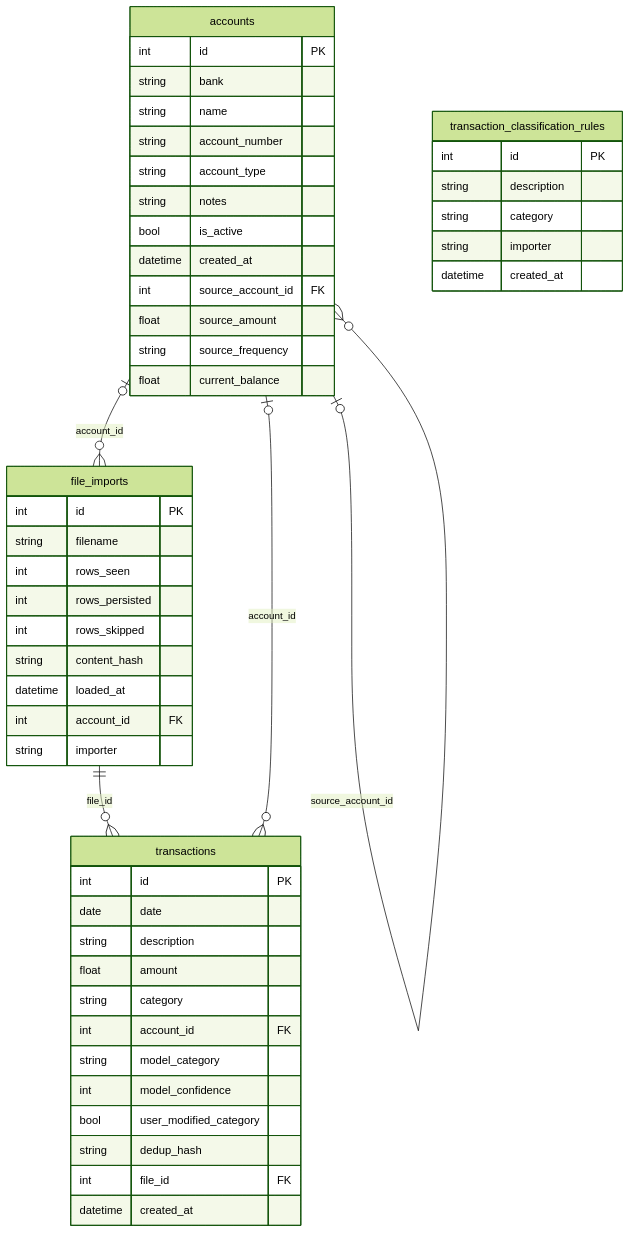
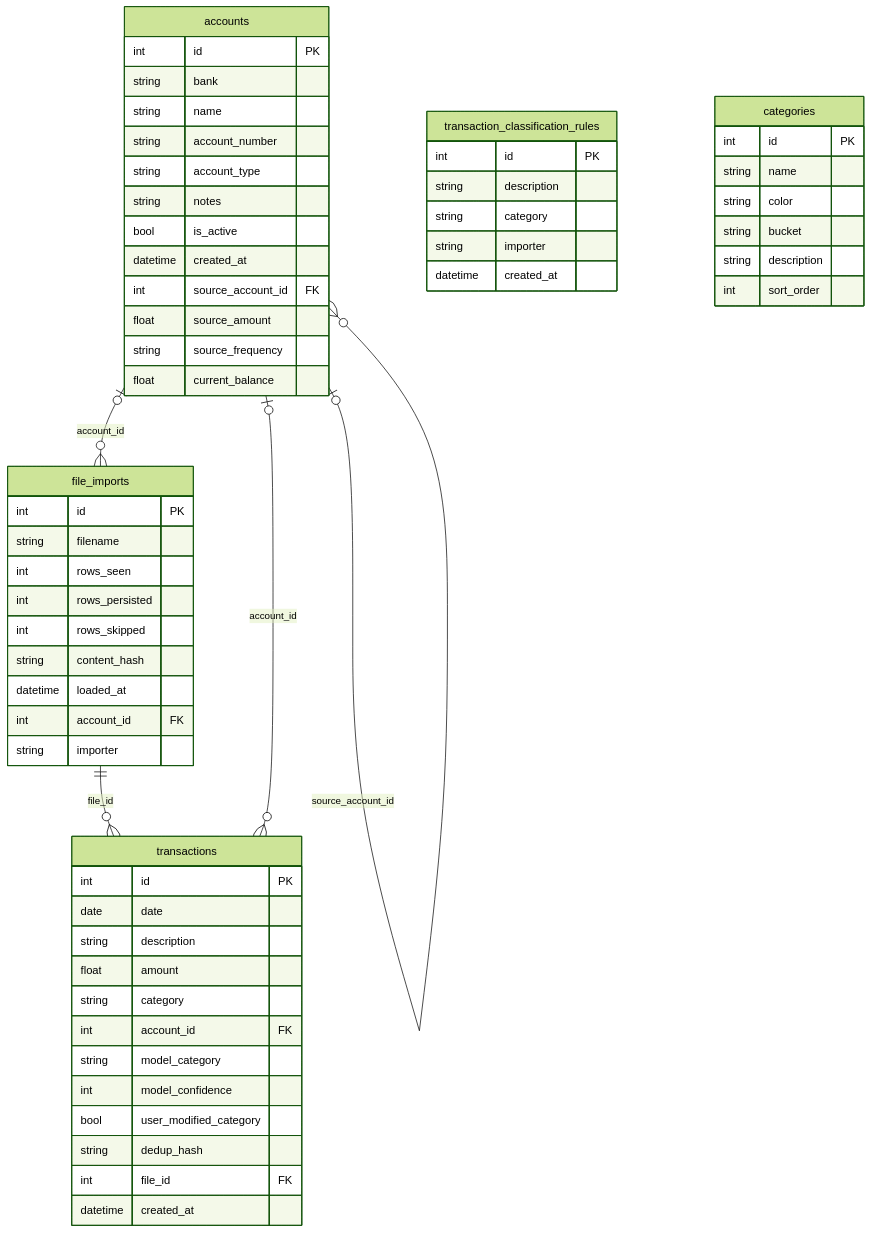
Before and after one commit to ag-sd/faresight: the diagram in README.md, drawn with Mermaid (forest theme). The commit also changed other lines of this file and 17 other files, not shown here.

````diff
--- a/README.md
+++ b/README.md
@@ -197,57 +201,66 @@
 ```mermaid
 erDiagram
     file_imports {
         int      id           PK
         string   filename
         int      rows_seen
         int      rows_persisted
         int      rows_skipped
         string   content_hash
         datetime loaded_at
         int      account_id   FK
         string   importer
     }
 
     accounts {
         int      id                 PK
         string   bank
         string   name
         string   account_number
         string   account_type
         string   notes
         bool     is_active
         datetime created_at
         int      source_account_id FK
         float    source_amount
         string   source_frequency
         float    current_balance
     }
 
     transactions {
         int      id                    PK
         date     date
         string   description
         float    amount
         string   category
         int      account_id            FK
         string   model_category
         int      model_confidence
         bool     user_modified_category
         string   dedup_hash
         int      file_id               FK
         datetime created_at
     }
 
     transaction_classification_rules {
         int      id          PK
         string   description
         string   category
         string   importer
         datetime created_at
     }
 
+    categories {
+        int      id          PK
+        string   name
+        string   color
+        string   bucket
+        string   description
+        int      sort_order
+    }
+
     file_imports  ||--o{ transactions : "file_id"
     accounts      |o--o{ transactions : "account_id"
     accounts      |o--o{ accounts     : "source_account_id"
     accounts      |o--o{ file_imports : "account_id"
 ```
````
